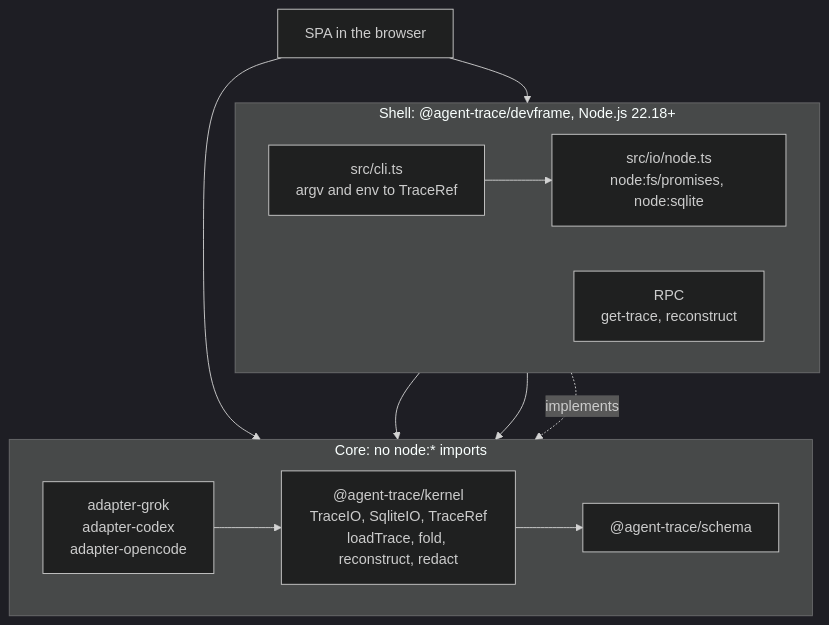
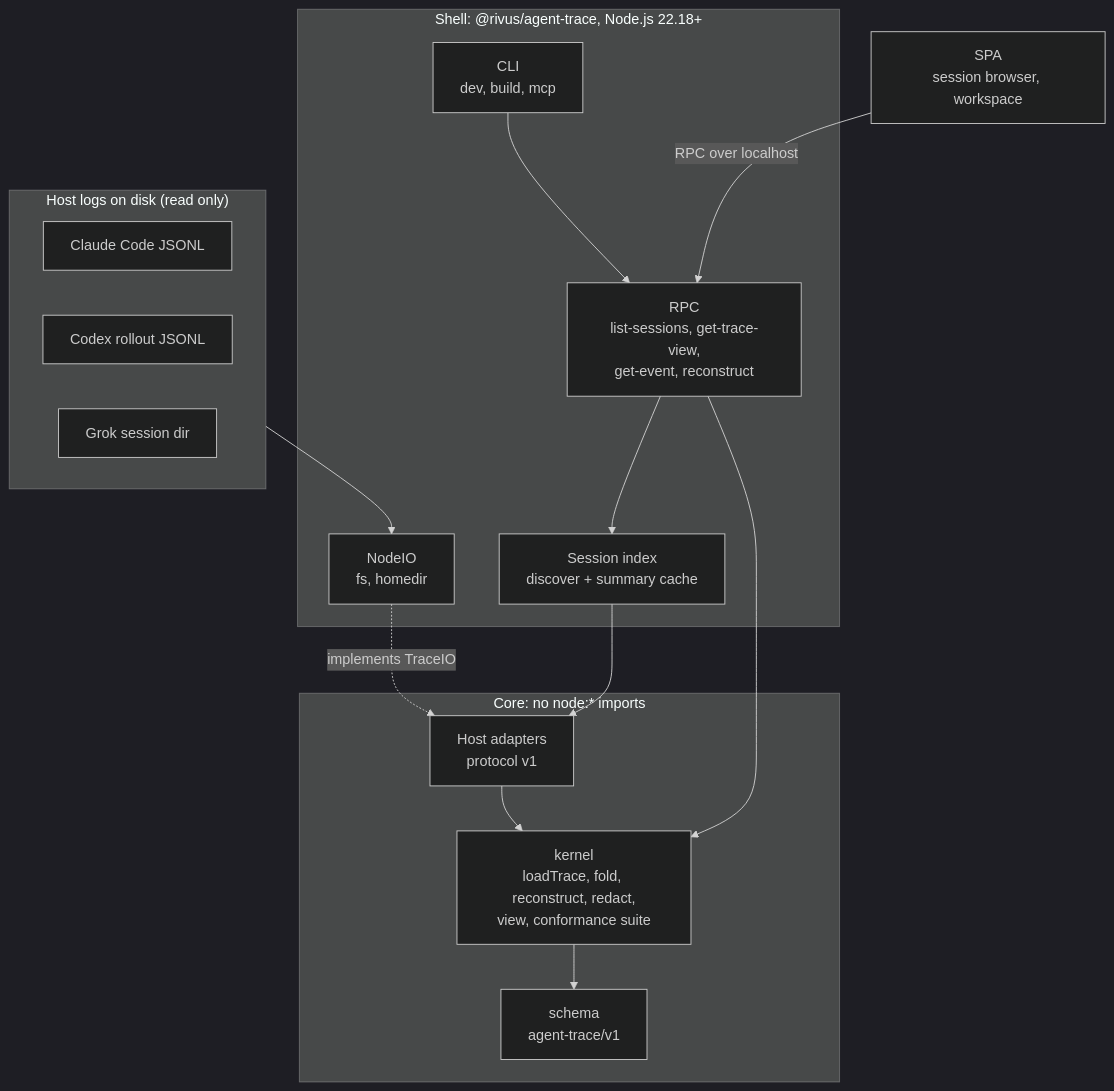
The first of 4 diagrams in docs/plans/0001-external-release.md (PerfectPan/estela), drawn with Mermaid (dark theme) before and after one commit. The commit also changed other lines of this file and 2 other files, not shown here.

First line of the commit message:
docs: rewrite Spec and Plan 0001 around the DevTools and host protocol

````diff
--- a/docs/plans/0001-external-release.md
+++ b/docs/plans/0001-external-release.md
@@ -104,25 +103,29 @@
 ```mermaid
 flowchart TB
-  subgraph shell["Shell: @agent-trace/devframe, Node.js 22.18+"]
-    direction LR
-    cli["src/cli.ts<br/>argv and env to TraceRef"]
-    io["src/io/node.ts<br/>node:fs/promises, node:sqlite"]
-    rpc["RPC<br/>get-trace, reconstruct"]
+  subgraph hosts["Host logs on disk (read only)"]
+    cc["Claude Code JSONL"]
+    cx["Codex rollout JSONL"]
+    gk["Grok session dir"]
   end
   subgraph core["Core: no node:* imports"]
-    direction LR
-    hosts["adapter-grok<br/>adapter-codex<br/>adapter-opencode"]
-    kernel["@agent-trace/kernel<br/>TraceIO, SqliteIO, TraceRef<br/>loadTrace, fold, reconstruct, redact"]
-    schema["@agent-trace/schema"]
+    ad["Host adapters<br/>protocol v1"]
+    kernel["kernel<br/>loadTrace, fold, reconstruct, redact,<br/>view, conformance suite"]
+    schema["schema<br/>agent-trace/v1"]
   end
-  spa["SPA in the browser"]
+  subgraph shell["Shell: @rivus/agent-trace, Node.js 22.18+"]
+    io["NodeIO<br/>fs, homedir"]
+    idx["Session index<br/>discover + summary cache"]
+    rpc["RPC<br/>list-sessions, get-trace-view,<br/>get-event, reconstruct"]
+    cli["CLI<br/>dev, build, mcp"]
+  end
+  spa["SPA<br/>session browser, workspace"]
 
-  cli --> io
-  cli --> hosts
+  hosts --> io
+  io -. "implements TraceIO" .-> ad
+  ad --> kernel --> schema
+  idx --> ad
+  rpc --> idx
   rpc --> kernel
-  hosts --> kernel
-  kernel --> schema
-  io -. "implements" .-> kernel
-  spa --> rpc
-  spa --> kernel
+  cli --> rpc
+  spa -- "RPC over localhost" --> rpc
 ```
````
